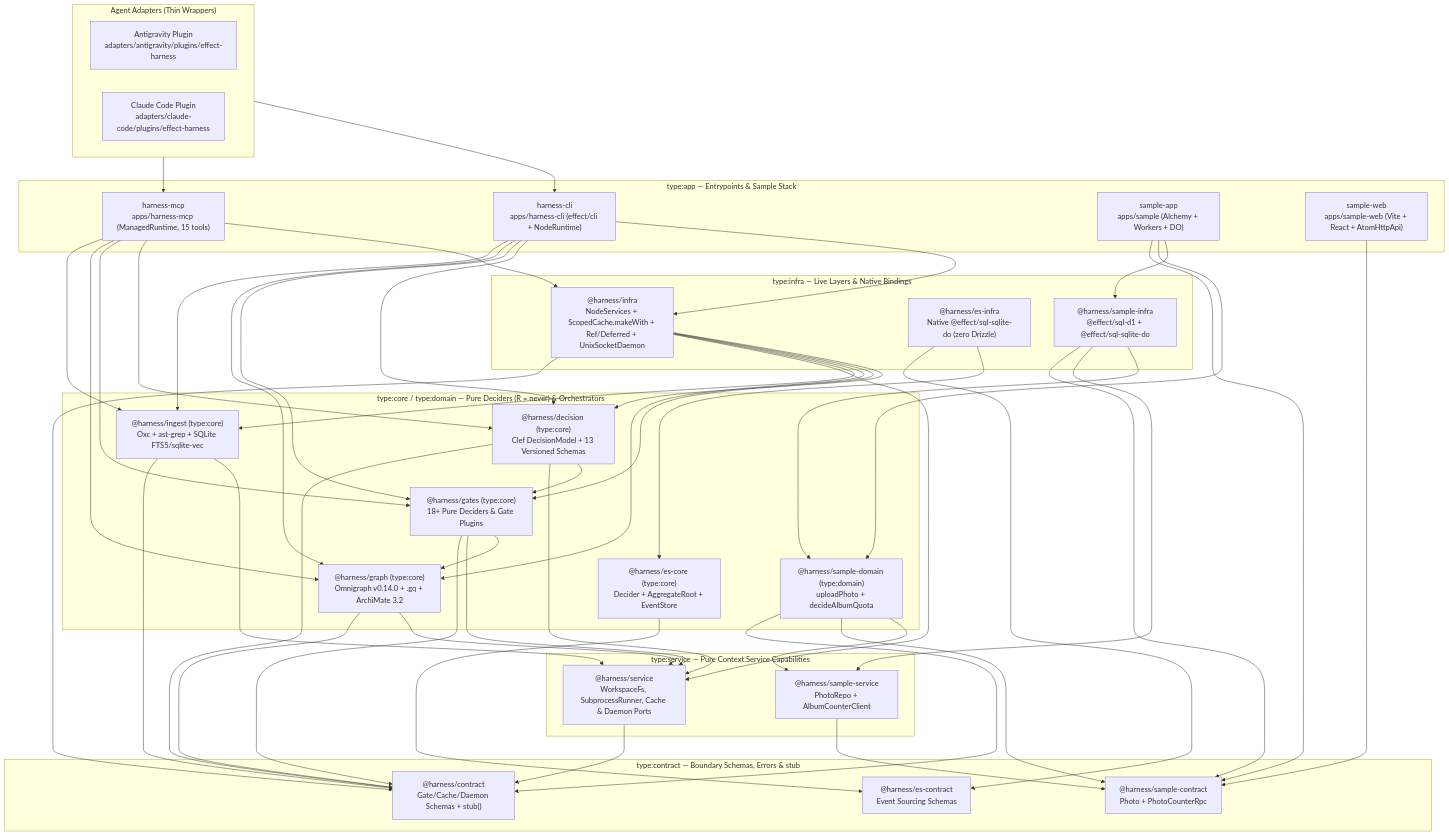
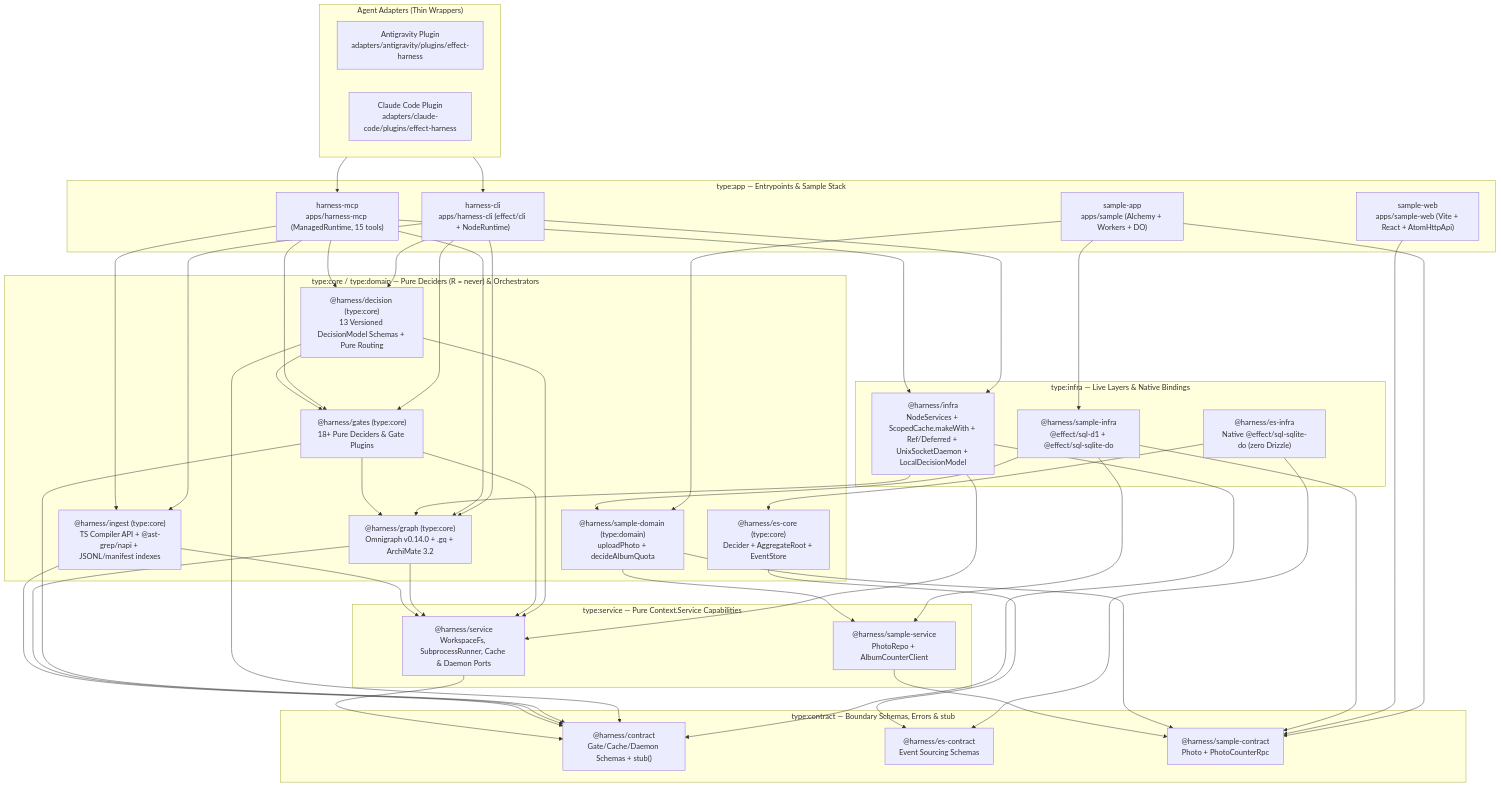
One commit to selmeci/effect-ts-harness changed the first of 2 diagrams in README.md. Above: the diagram before and after it, drawn with Mermaid. The commit also changed other lines of this file and 110 other files, not shown here.

Commit message:
fix(harness): resolve PR #28 round 4 audit findings and harden self-trust gates

````diff
--- a/README.md
+++ b/README.md
@@ -31,58 +31,58 @@
 ```mermaid
 flowchart TD
   subgraph Adapters["Agent Adapters (Thin Wrappers)"]
     AGY["Antigravity Plugin\nadapters/antigravity/plugins/effect-harness"]
     CC["Claude Code Plugin\nadapters/claude-code/plugins/effect-harness"]
   end
 
   subgraph Apps["type:app — Entrypoints & Sample Stack"]
     CLI["harness-cli\napps/harness-cli (effect/cli + NodeRuntime)"]
     MCP["harness-mcp\napps/harness-mcp (ManagedRuntime, 15 tools)"]
     SAMPLE["sample-app\napps/sample (Alchemy + Workers + DO)"]
     SAMPLE_WEB["sample-web\napps/sample-web (Vite + React + AtomHttpApi)"]
   end
 
   subgraph Infra["type:infra — Live Layers & Native Bindings"]
-    HARNESS_INFRA["@harness/infra\nNodeServices + ScopedCache.makeWith + Ref/Deferred + UnixSocketDaemon"]
+    HARNESS_INFRA["@harness/infra\nNodeServices + ScopedCache.makeWith + Ref/Deferred + UnixSocketDaemon + LocalDecisionModel"]
     ES_INFRA["@harness/es-infra\nNative @effect/sql-sqlite-do (zero Drizzle)"]
     SAMPLE_INFRA["@harness/sample-infra\n@effect/sql-d1 + @effect/sql-sqlite-do"]
   end
 
   subgraph CoreDomain["type:core / type:domain — Pure Deciders (R = never) & Orchestrators"]
     GATES["@harness/gates (type:core)\n18+ Pure Deciders & Gate Plugins"]
     GRAPH["@harness/graph (type:core)\nOmnigraph v0.14.0 + .gq + ArchiMate 3.2"]
-    INGEST["@harness/ingest (type:core)\nOxc + ast-grep + SQLite FTS5/sqlite-vec"]
-    DECISION["@harness/decision (type:core)\nClef DecisionModel + 13 Versioned Schemas"]
+    INGEST["@harness/ingest (type:core)\nTS Compiler API + @ast-grep/napi + JSONL/manifest indexes"]
+    DECISION["@harness/decision (type:core)\n13 Versioned DecisionModel Schemas + Pure Routing"]
     ES_CORE["@harness/es-core (type:core)\nDecider + AggregateRoot + EventStore"]
     SAMPLE_DOM["@harness/sample-domain (type:domain)\nuploadPhoto + decideAlbumQuota"]
   end
 
   subgraph Services["type:service — Pure Context.Service Capabilities"]
     HARNESS_SVC["@harness/service\nWorkspaceFs, SubprocessRunner, Cache & Daemon Ports"]
     SAMPLE_SVC["@harness/sample-service\nPhotoRepo + AlbumCounterClient"]
   end
 
   subgraph Contracts["type:contract — Boundary Schemas, Errors & stub"]
     HARNESS_CON["@harness/contract\nGate/Cache/Daemon Schemas + stub<A,E,R>()"]
     ES_CON["@harness/es-contract\nEvent Sourcing Schemas"]
     SAMPLE_CON["@harness/sample-contract\nPhoto + PhotoCounterRpc"]
   end
 
   Adapters --> CLI
   Adapters --> MCP
   CLI --> HARNESS_INFRA & DECISION & GATES & GRAPH & INGEST
   MCP --> HARNESS_INFRA & DECISION & GATES & GRAPH & INGEST
-  HARNESS_INFRA --> DECISION & GATES & GRAPH & INGEST & HARNESS_SVC & HARNESS_CON
+  HARNESS_INFRA --> GRAPH & HARNESS_SVC & HARNESS_CON
   DECISION --> GATES & HARNESS_SVC & HARNESS_CON
   GATES --> GRAPH & HARNESS_SVC & HARNESS_CON
   GRAPH --> HARNESS_SVC & HARNESS_CON
   INGEST --> HARNESS_SVC & HARNESS_CON
   HARNESS_SVC --> HARNESS_CON
   SAMPLE --> SAMPLE_INFRA & SAMPLE_DOM & SAMPLE_CON
   SAMPLE_WEB --> SAMPLE_CON
   SAMPLE_INFRA --> SAMPLE_DOM & SAMPLE_SVC & SAMPLE_CON
-  SAMPLE_DOM --> SAMPLE_SVC & SAMPLE_CON & HARNESS_CON
+  SAMPLE_DOM --> SAMPLE_SVC & SAMPLE_CON
   SAMPLE_SVC --> SAMPLE_CON
   ES_INFRA --> ES_CORE & ES_CON
   ES_CORE --> ES_CON
 ```
````
